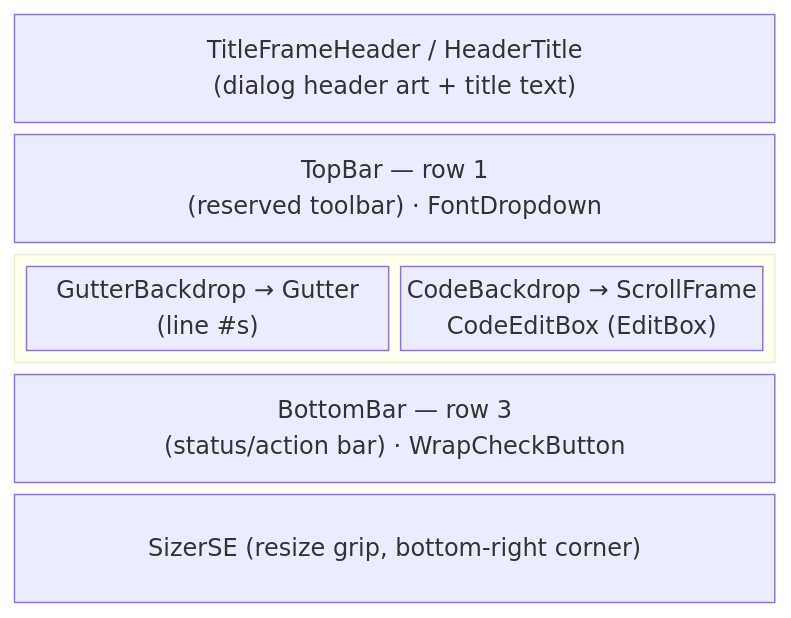
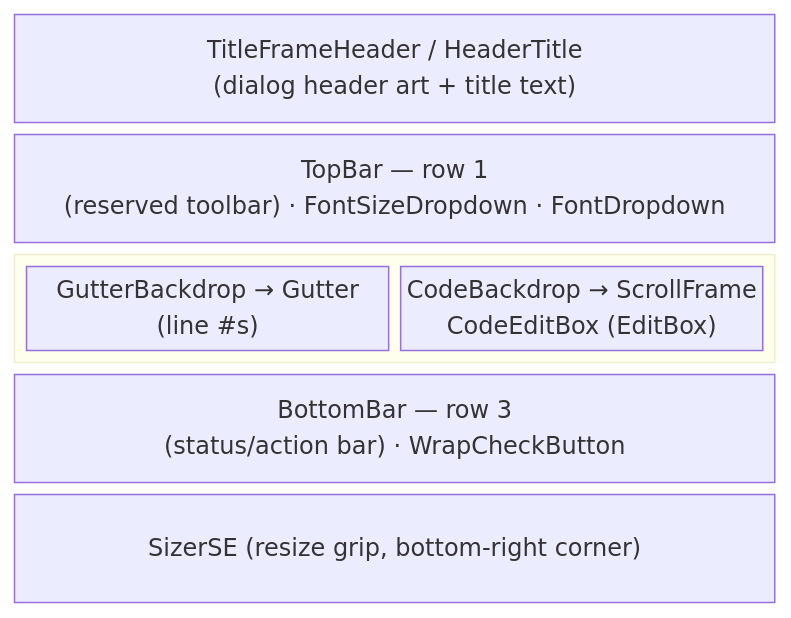
One commit to kapresoft/wow-addon-devsuite changed the first of 2 diagrams in DevSuite/Libs/CodeEditor/README_CodeEditor.md. Above: the diagram before and after it, drawn with Mermaid. The commit also changed other lines of this file and 4 other files, not shown here.

First line of the commit message:
Add live fontSize support to CodeEditorDialog

````diff
--- a/DevSuite/Libs/CodeEditor/README_CodeEditor.md
+++ b/DevSuite/Libs/CodeEditor/README_CodeEditor.md
@@ -21,12 +21,12 @@
 ```mermaid
 block-beta
 columns 1
   Header["TitleFrameHeader / HeaderTitle\n(dialog header art + title text)"]
-  TopBar["TopBar — row 1\n(reserved toolbar) · FontDropdown"]
+  TopBar["TopBar — row 1\n(reserved toolbar) · FontSizeDropdown · FontDropdown"]
   block:body
     Gutter["GutterBackdrop → Gutter\n(line #s)"]
     Code["CodeBackdrop → ScrollFrame\nCodeEditBox (EditBox)"]
   end
   BottomBar["BottomBar — row 3\n(status/action bar) · WrapCheckButton"]
   Sizer["SizerSE (resize grip, bottom-right corner)"]
 ```
````
